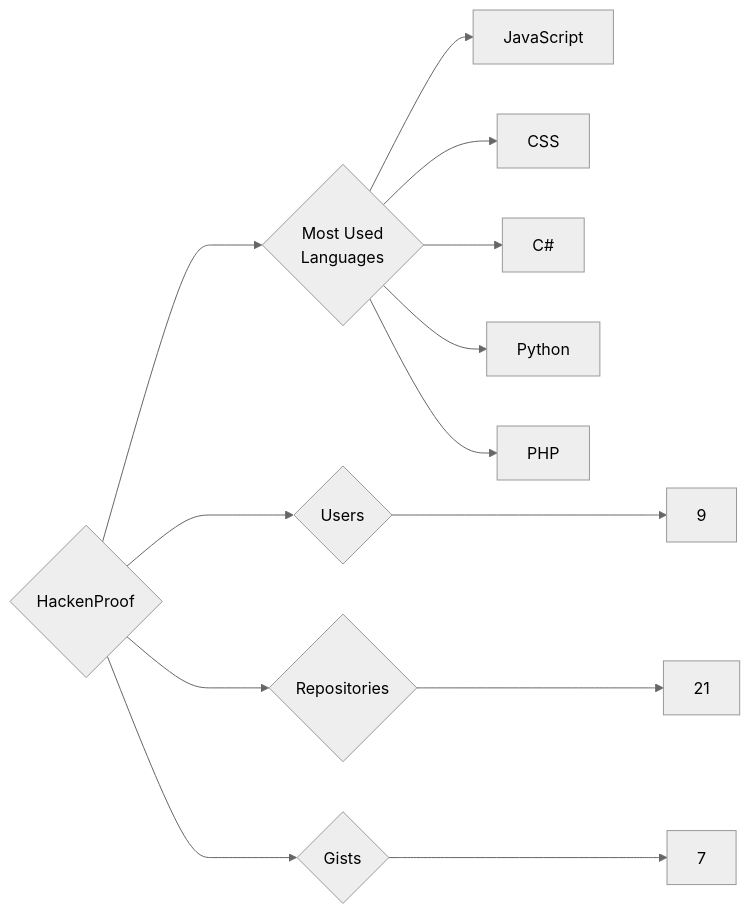
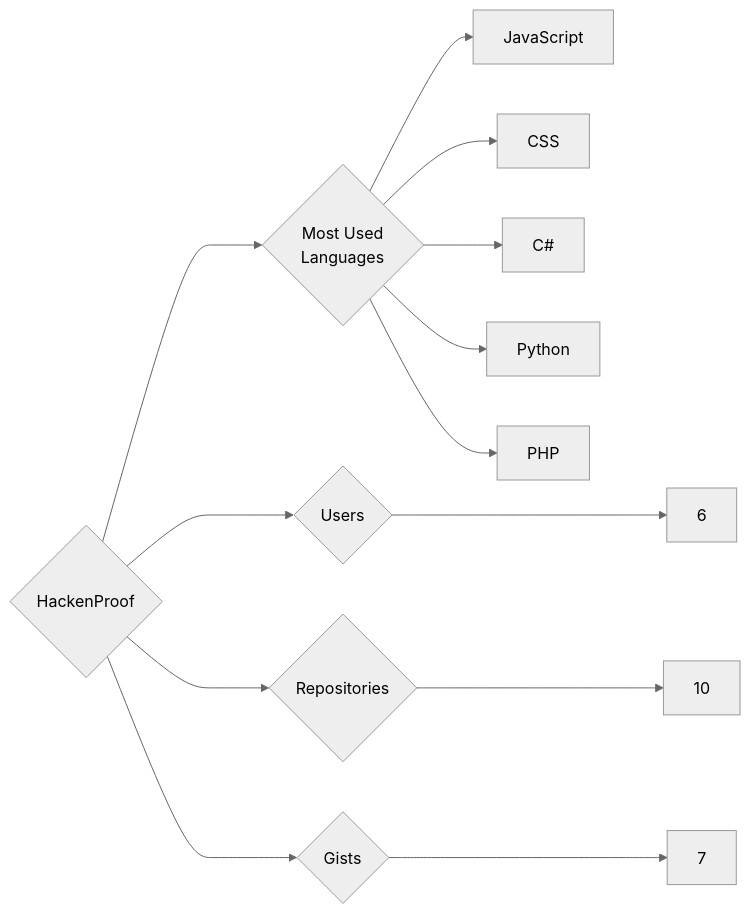
Before and after one commit to trickest/insiders: the diagram in targets/HackenProof/README.md, drawn with Mermaid (neutral theme). The commit also changed 1141 other files, not shown here.

````diff
--- a/targets/HackenProof/README.md
+++ b/targets/HackenProof/README.md
@@ -3,13 +3,13 @@
 ```mermaid
 graph LR
 COMPANY_NAME{HackenProof}
-COMPANY_NAME ---> U{Users} ---> UN[9]
-COMPANY_NAME ---> R{Repositories} ---> RN[21]
+COMPANY_NAME ---> U{Users} ---> UN[6]
+COMPANY_NAME ---> R{Repositories} ---> RN[10]
 COMPANY_NAME ---> G{Gists} ---> GN[7]
 COMPANY_NAME ---> ML{Most Used<br>Languages}
 ML --> JavaScript[JavaScript]
 ML --> CSS[CSS]
 ML --> C#[C#]
 ML --> Python[Python]
 ML --> PHP[PHP]
 ```
````
